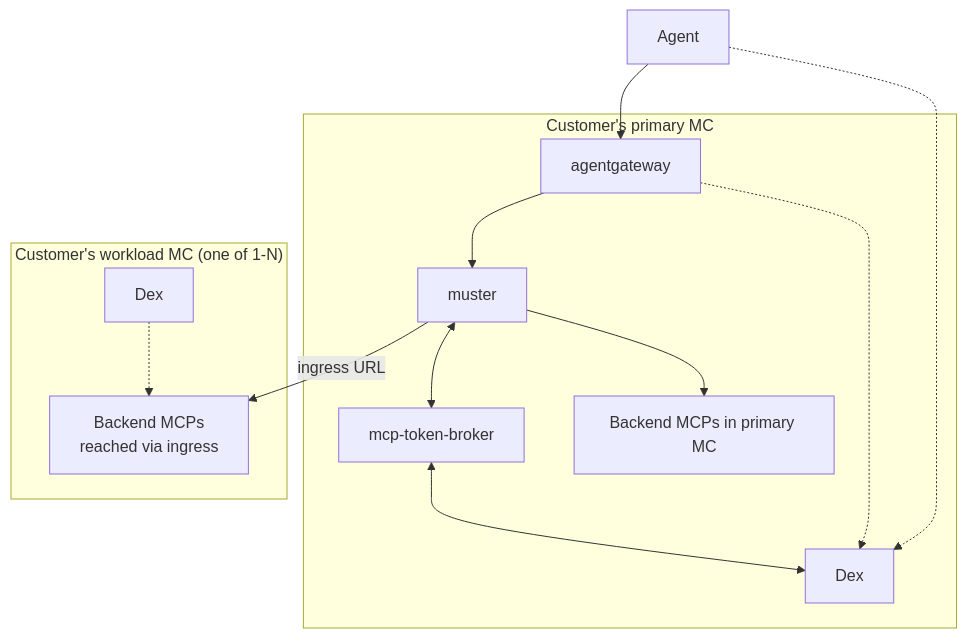
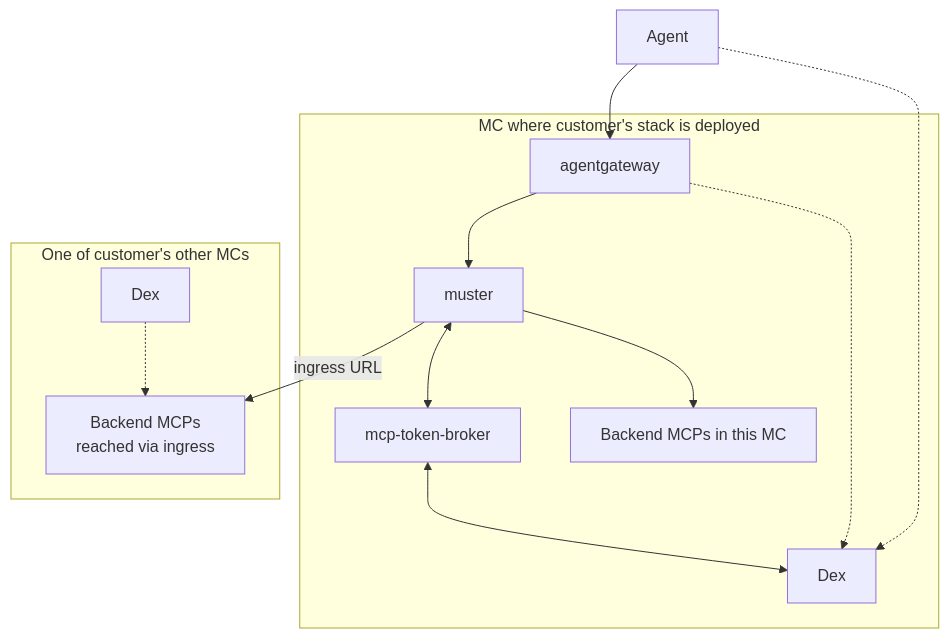
One commit to giantswarm/muster changed the first of 2 diagrams in docs/explanation/decisions/012-agentgateway-introduction.md. Above: the diagram before and after it, drawn with Mermaid. The commit also changed other lines of this file, not shown here.

Commit message:
ADR-012: drop 'primary MC' terminology — stack just deployed somewhere

````diff
--- a/docs/explanation/decisions/012-agentgateway-introduction.md
+++ b/docs/explanation/decisions/012-agentgateway-introduction.md
@@ -38,27 +38,27 @@
 ```mermaid
 graph TB
     Agent
 
-    subgraph PrimaryMC["Customer's primary MC"]
-        DexPrimary[Dex]
+    subgraph DeploymentMC["MC where customer's stack is deployed"]
+        DexDeployment[Dex]
         agentgateway
         muster
         broker[mcp-token-broker]
-        LocalBackends[Backend MCPs in primary MC]
+        LocalBackends[Backend MCPs in this MC]
     end
 
-    subgraph WorkloadMC1["Customer's workload MC (one of 1-N)"]
-        DexWC[Dex]
+    subgraph OtherMC["One of customer's other MCs"]
+        DexOther[Dex]
         RemoteMCPs[Backend MCPs<br/>reached via ingress]
     end
 
     Agent --> agentgateway
-    Agent -.-> DexPrimary
+    Agent -.-> DexDeployment
     agentgateway --> muster
-    agentgateway -.-> DexPrimary
+    agentgateway -.-> DexDeployment
     muster <--> broker
-    broker <--> DexPrimary
+    broker <--> DexDeployment
     muster --> LocalBackends
     muster -->|ingress URL| RemoteMCPs
-    DexWC -.-> RemoteMCPs
+    DexOther -.-> RemoteMCPs
 ```
````
